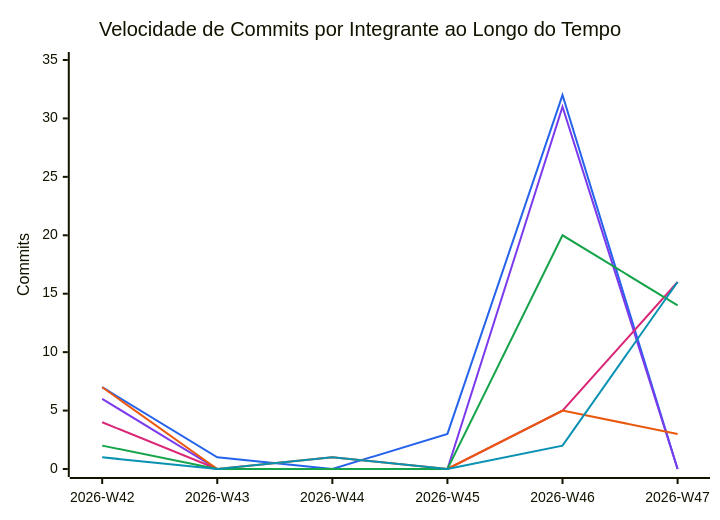
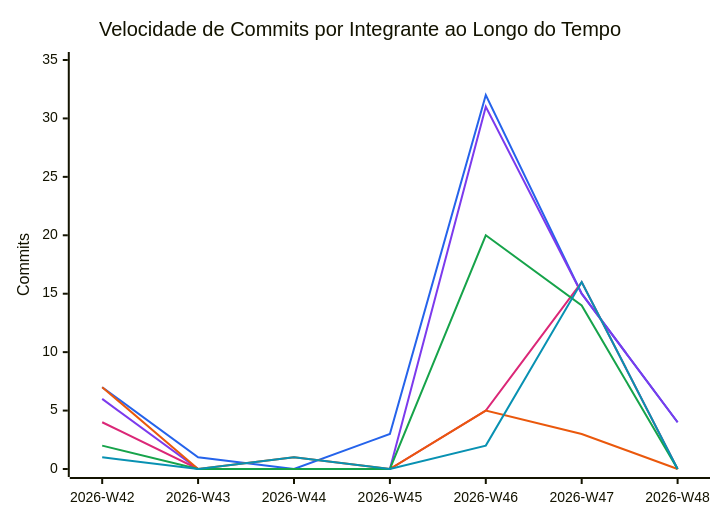
The diagram in snippets/commit-velocity.mmd (FCTE-Qualidade-de-Software-1/2026-2_T02_KAY_MCNULTY), drawn with Mermaid before and after one commit. The commit also changed 5 other files, not shown here.

```diff
--- a/snippets/commit-velocity.mmd
+++ b/snippets/commit-velocity.mmd
@@ -1,11 +1,11 @@
 %%{init: {"themeVariables": {"xyChart": {"plotColorPalette": "#2563eb, #7c3aed, #db2777, #ea580c, #16a34a, #0891b2"}}}}%%
 xychart-beta
     title "Velocidade de Commits por Integrante ao Longo do Tempo"
-    x-axis ["2026-W42", "2026-W43", "2026-W44", "2026-W45", "2026-W46", "2026-W47"]
+    x-axis ["2026-W42", "2026-W43", "2026-W44", "2026-W45", "2026-W46", "2026-W47", "2026-W48"]
     y-axis "Commits" 0 --> 35
-    line [7, 1, 0, 3, 32, 0]
-    line [6, 0, 0, 0, 31, 0]
-    line [4, 0, 0, 0, 5, 16]
-    line [7, 0, 1, 0, 5, 3]
-    line [2, 0, 0, 0, 20, 14]
-    line [1, 0, 1, 0, 2, 16]
+    line [7, 1, 0, 3, 32, 15, 4]
+    line [6, 0, 0, 0, 31, 15, 4]
+    line [4, 0, 0, 0, 5, 16, 0]
+    line [7, 0, 1, 0, 5, 3, 0]
+    line [2, 0, 0, 0, 20, 14, 0]
+    line [1, 0, 1, 0, 2, 16, 0]
```
